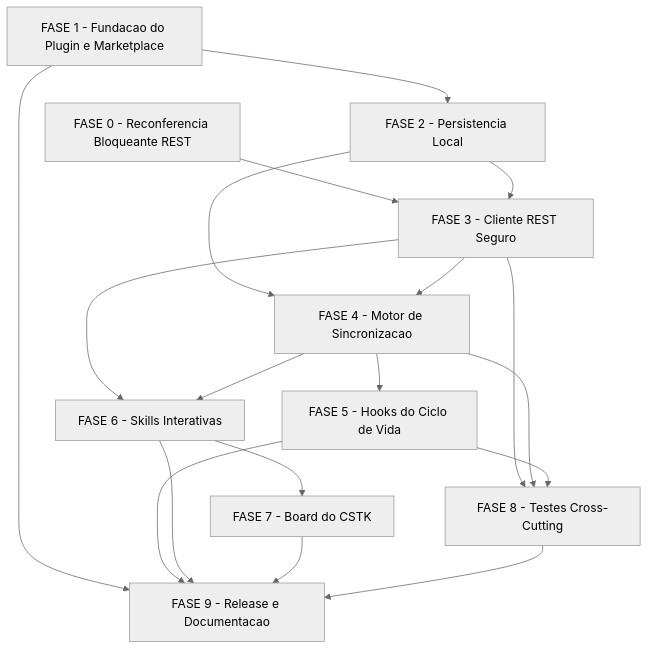
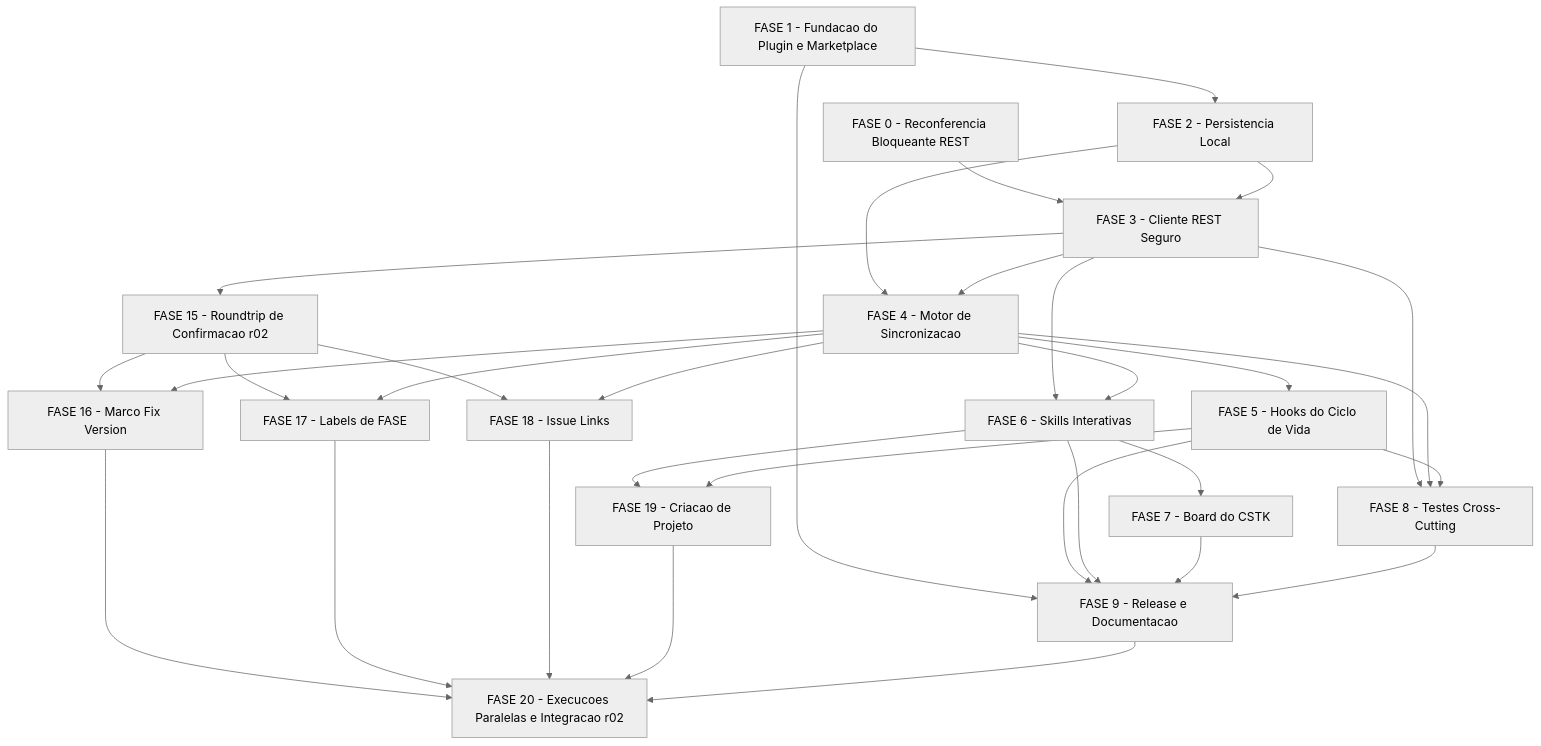
One commit to JotJunior/cstk changed the diagram in docs/specs/cstk-jira/tasks.md. Above: the diagram before and after it, drawn with Mermaid (neutral theme). The commit also changed other lines of this file, not shown here.

````diff
--- a/docs/specs/cstk-jira/tasks.md
+++ b/docs/specs/cstk-jira/tasks.md
@@ -1050,31 +1050,51 @@
 ```mermaid
 flowchart TD
     F0[FASE 0 - Reconferencia Bloqueante REST]
     F1[FASE 1 - Fundacao do Plugin e Marketplace]
     F2[FASE 2 - Persistencia Local]
     F3[FASE 3 - Cliente REST Seguro]
     F4[FASE 4 - Motor de Sincronizacao]
     F5[FASE 5 - Hooks do Ciclo de Vida]
     F6[FASE 6 - Skills Interativas]
     F7[FASE 7 - Board do CSTK]
     F8[FASE 8 - Testes Cross-Cutting]
     F9[FASE 9 - Release e Documentacao]
+    F15[FASE 15 - Roundtrip de Confirmacao r02]
+    F16[FASE 16 - Marco Fix Version]
+    F17[FASE 17 - Labels de FASE]
+    F18[FASE 18 - Issue Links]
+    F19[FASE 19 - Criacao de Projeto]
+    F20[FASE 20 - Execucoes Paralelas e Integracao r02]
 
     F0 --> F3
     F1 --> F2
     F2 --> F3
     F2 --> F4
     F3 --> F4
     F4 --> F5
     F3 --> F6
     F4 --> F6
     F6 --> F7
     F3 --> F8
     F4 --> F8
     F5 --> F8
     F1 --> F9
     F5 --> F9
     F6 --> F9
     F7 --> F9
     F8 --> F9
+    F3 --> F15
+    F15 --> F16
+    F15 --> F17
+    F15 --> F18
+    F4 --> F16
+    F4 --> F17
+    F4 --> F18
+    F6 --> F19
+    F5 --> F19
+    F16 --> F20
+    F17 --> F20
+    F18 --> F20
+    F19 --> F20
+    F9 --> F20
 ```
````
